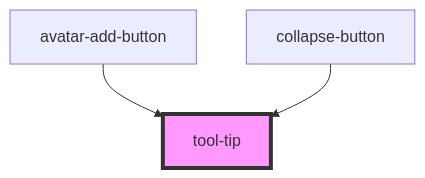
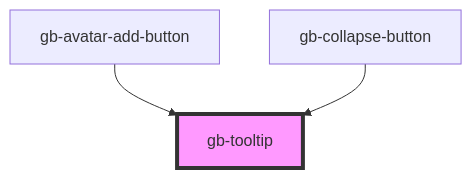
Before and after one commit to Emmanuel1858/globusComponent: the diagram in src/components/gb-tooltip/readme.md, drawn with Mermaid. The commit also changed other lines of this file and 53 other files, not shown here.

````diff
--- a/src/components/gb-tooltip/readme.md
+++ b/src/components/gb-tooltip/readme.md
@@ -24,6 +24,6 @@
 ```mermaid
 graph TD;
-  avatar-add-button --> tool-tip
-  collapse-button --> tool-tip
-  style tool-tip fill:#f9f,stroke:#333,stroke-width:4px
+  gb-avatar-add-button --> gb-tooltip
+  gb-collapse-button --> gb-tooltip
+  style gb-tooltip fill:#f9f,stroke:#333,stroke-width:4px
 ```
````
